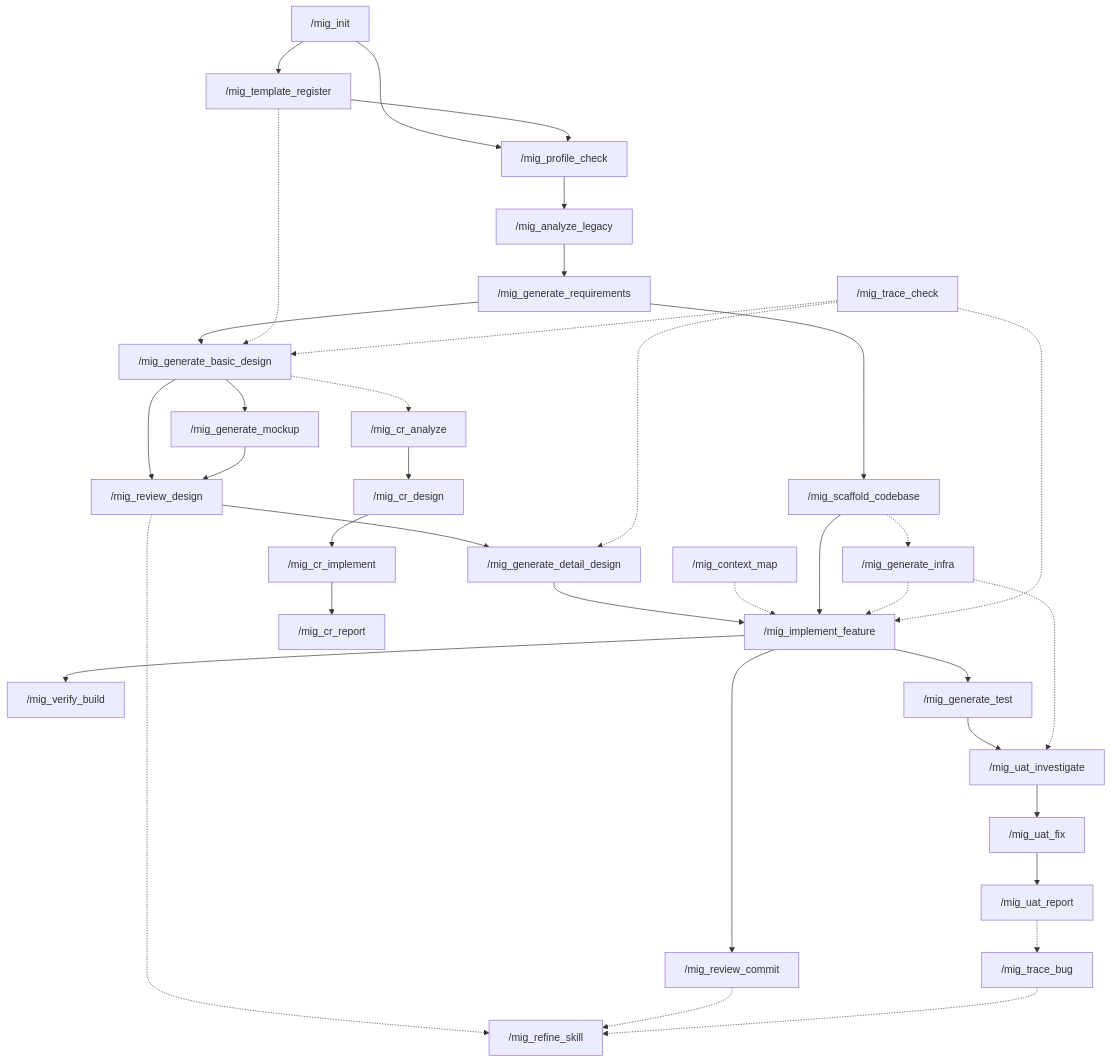
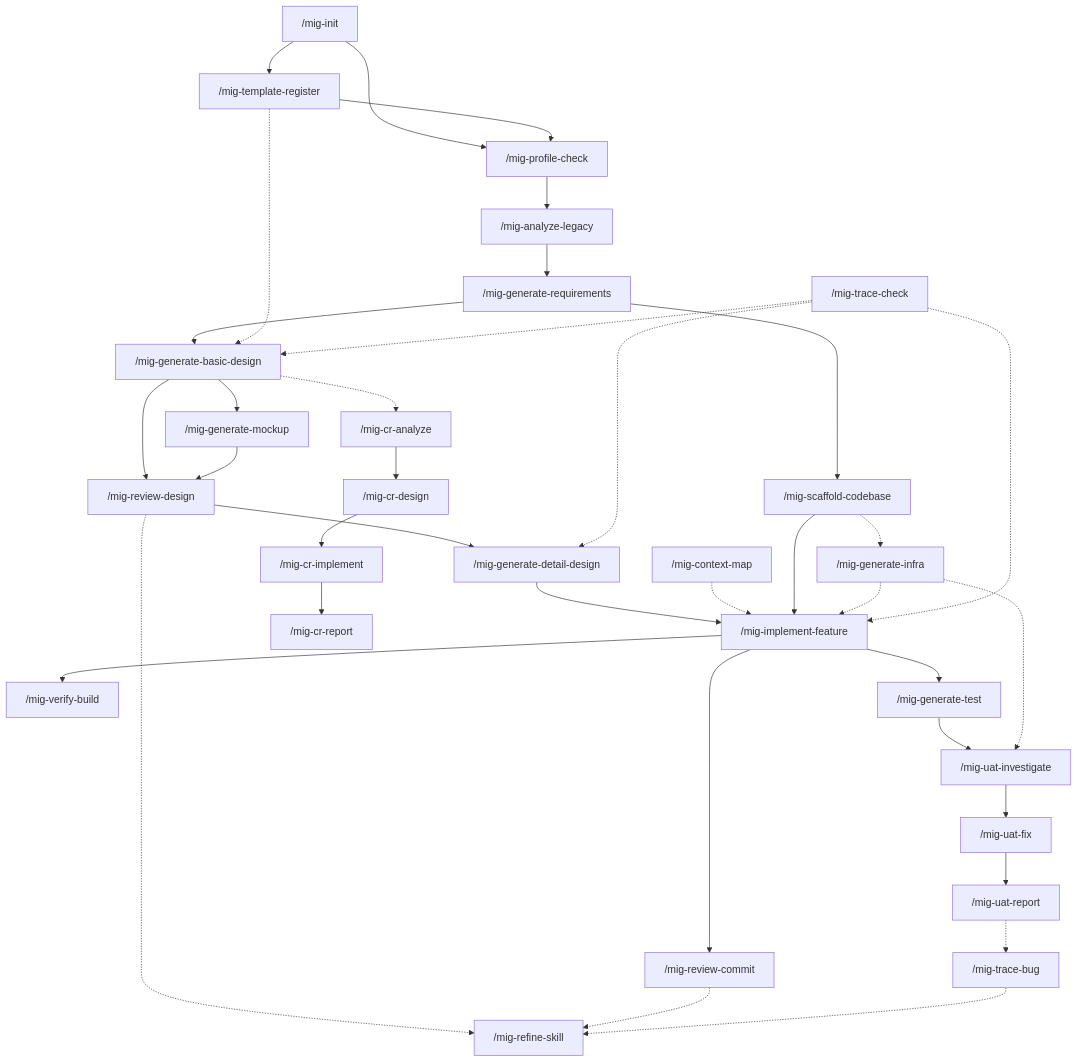
The diagram in migration-standard/COMMAND-FLOW.md (kaitondt/ai-pack), drawn with Mermaid before and after one commit. The commit also changed other lines of this file and 1887 other files, not shown here.

````diff
--- a/migration-standard/COMMAND-FLOW.md
+++ b/migration-standard/COMMAND-FLOW.md
@@ -67,38 +67,38 @@
 ```mermaid
 flowchart TD
-  INIT["/mig_init"] --> TR["/mig_template_register"]
-  INIT --> PC["/mig_profile_check"]
+  INIT["/mig-init"] --> TR["/mig-template-register"]
+  INIT --> PC["/mig-profile-check"]
   TR --> PC
-  PC --> P0["/mig_analyze_legacy"]
-  P0 --> P1["/mig_generate_requirements"]
-  P1 --> P2["/mig_generate_basic_design"]
-  P2 --> MU["/mig_generate_mockup"]
-  P2 --> RD["/mig_review_design"]
+  PC --> P0["/mig-analyze-legacy"]
+  P0 --> P1["/mig-generate-requirements"]
+  P1 --> P2["/mig-generate-basic-design"]
+  P2 --> MU["/mig-generate-mockup"]
+  P2 --> RD["/mig-review-design"]
   MU --> RD
-  RD --> P3["/mig_generate_detail_design"]
-  P3 --> P4["/mig_implement_feature"]
-  P4 --> VB["/mig_verify_build"]
-  P4 --> RC["/mig_review_commit"]
-  P4 --> P5["/mig_generate_test"]
-  P5 --> P7["/mig_uat_investigate"]
-  P7 --> UF["/mig_uat_fix"]
-  UF --> UR["/mig_uat_report"]
-  CRA["/mig_cr_analyze"] --> CRD["/mig_cr_design"]
-  CRD --> CRI["/mig_cr_implement"]
-  CRI --> CRR["/mig_cr_report"]
+  RD --> P3["/mig-generate-detail-design"]
+  P3 --> P4["/mig-implement-feature"]
+  P4 --> VB["/mig-verify-build"]
+  P4 --> RC["/mig-review-commit"]
+  P4 --> P5["/mig-generate-test"]
+  P5 --> P7["/mig-uat-investigate"]
+  P7 --> UF["/mig-uat-fix"]
+  UF --> UR["/mig-uat-report"]
+  CRA["/mig-cr-analyze"] --> CRD["/mig-cr-design"]
+  CRD --> CRI["/mig-cr-implement"]
+  CRI --> CRR["/mig-cr-report"]
   P2 -.-> CRA
-  CM["/mig_context_map"] -.-> P4
-  P1 --> SK["/mig_scaffold_codebase"]
+  CM["/mig-context-map"] -.-> P4
+  P1 --> SK["/mig-scaffold-codebase"]
   SK --> P4
   SK -.-> INF
-  INF["/mig_generate_infra"] -.-> P4
+  INF["/mig-generate-infra"] -.-> P4
   INF -.-> P7
   TR -.-> P2
-  RD -.-> RS["/mig_refine_skill"]
+  RD -.-> RS["/mig-refine-skill"]
   RC -.-> RS
-  TC["/mig_trace_check"] -.-> P2
+  TC["/mig-trace-check"] -.-> P2
   TC -.-> P3
   TC -.-> P4
-  UR -.-> TB["/mig_trace_bug"]
+  UR -.-> TB["/mig-trace-bug"]
   TB -.-> RS
 ```
````
